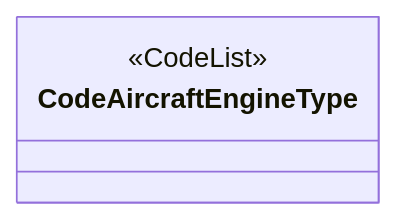
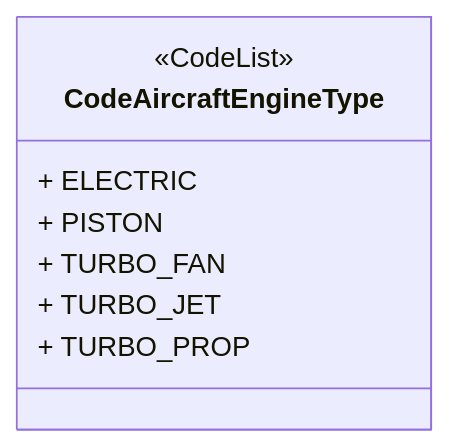
One commit to hlepori/testAIRM changed diagram 27 of 46 in README.md. Above: the diagram before and after it, drawn with Mermaid. The commit also changed other lines of this file, not shown here.

````diff
--- a/README.md
+++ b/README.md
@@ -691,5 +730,10 @@
 ```mermaid	
 classDiagram	
 class CodeAircraftEngineType	
 <<CodeList>> CodeAircraftEngineType	
+CodeAircraftEngineType : + ELECTRIC	
+CodeAircraftEngineType : + PISTON	
+CodeAircraftEngineType : + TURBO_FAN	
+CodeAircraftEngineType : + TURBO_JET	
+CodeAircraftEngineType : + TURBO_PROP	
 ```	
````
